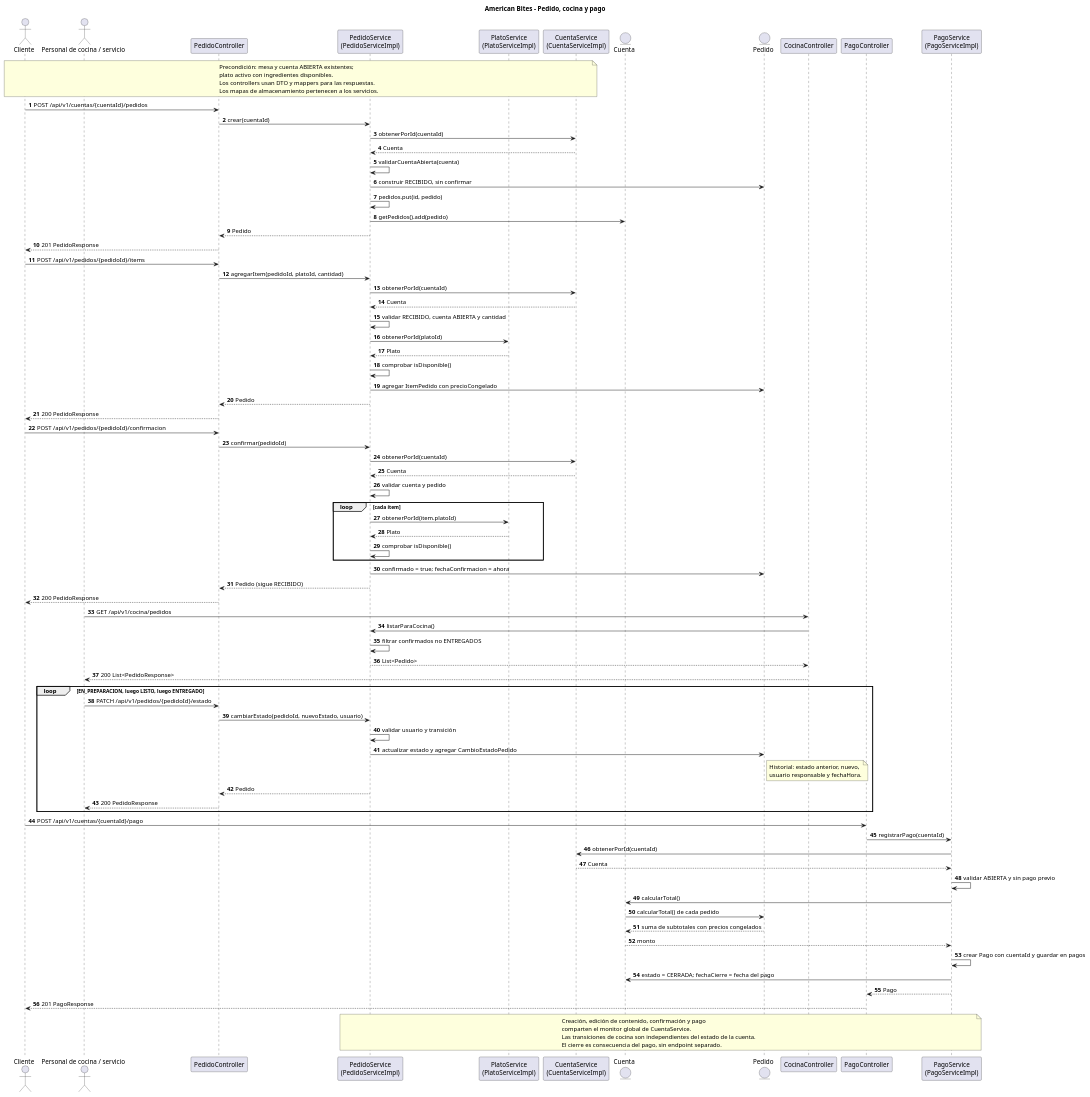
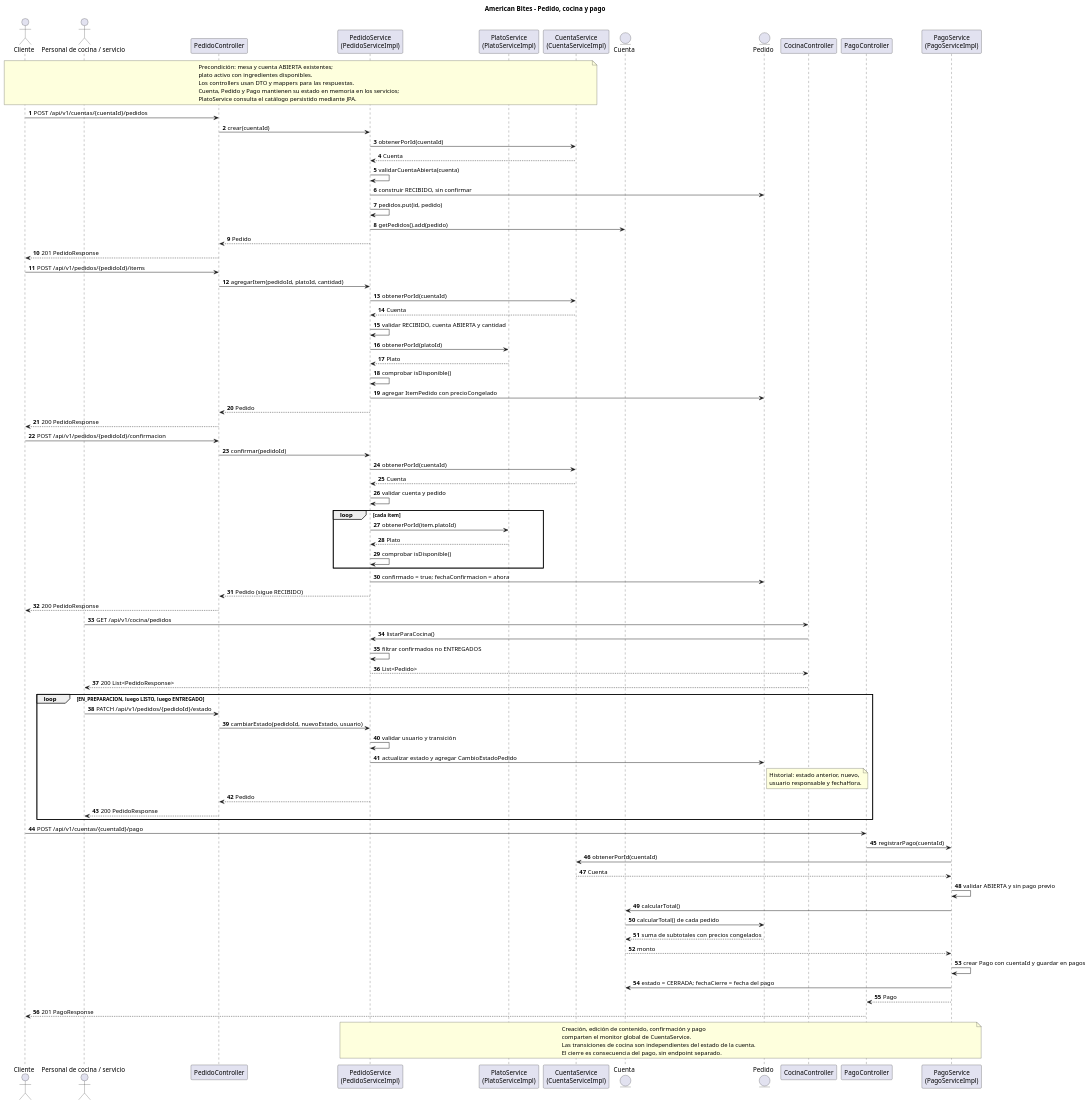
One commit to DanielValero09/Bitacora_Corte2_DanielValero changed the diagram in docs/diagrams/order-flow-sequence.puml. Above: the diagram before and after it, drawn with PlantUML. The commit also changed 27 other files, not shown here.

```diff
--- a/docs/diagrams/order-flow-sequence.puml
+++ b/docs/diagrams/order-flow-sequence.puml
@@ -1,99 +1,100 @@
 @startuml
 title American Bites - Pedido, cocina y pago
 autonumber
 actor Cliente
 actor "Personal de cocina / servicio" as Cocina
 participant PedidoController as PC
 participant "PedidoService\n(PedidoServiceImpl)" as PS
 participant "PlatoService\n(PlatoServiceImpl)" as PL
 participant "CuentaService\n(CuentaServiceImpl)" as CS
 entity Cuenta
 entity Pedido
 participant CocinaController as CC
 participant PagoController as PG
 participant "PagoService\n(PagoServiceImpl)" as PGS
 
 note over Cliente,CS
   Precondición: mesa y cuenta ABIERTA existentes;
   plato activo con ingredientes disponibles.
   Los controllers usan DTO y mappers para las respuestas.
-  Los mapas de almacenamiento pertenecen a los servicios.
+  Cuenta, Pedido y Pago mantienen su estado en memoria en los servicios;
+  PlatoService consulta el catálogo persistido mediante JPA.
 end note
 
 Cliente -> PC : POST /api/v1/cuentas/{cuentaId}/pedidos
 PC -> PS : crear(cuentaId)
 PS -> CS : obtenerPorId(cuentaId)
 CS --> PS : Cuenta
 PS -> PS : validarCuentaAbierta(cuenta)
 PS -> Pedido : construir RECIBIDO, sin confirmar
 PS -> PS : pedidos.put(id, pedido)
 PS -> Cuenta : getPedidos().add(pedido)
 PS --> PC : Pedido
 PC --> Cliente : 201 PedidoResponse
 
 Cliente -> PC : POST /api/v1/pedidos/{pedidoId}/items
 PC -> PS : agregarItem(pedidoId, platoId, cantidad)
 PS -> CS : obtenerPorId(cuentaId)
 CS --> PS : Cuenta
 PS -> PS : validar RECIBIDO, cuenta ABIERTA y cantidad
 PS -> PL : obtenerPorId(platoId)
 PL --> PS : Plato
 PS -> PS : comprobar isDisponible()
 PS -> Pedido : agregar ItemPedido con precioCongelado
 PS --> PC : Pedido
 PC --> Cliente : 200 PedidoResponse
 
 Cliente -> PC : POST /api/v1/pedidos/{pedidoId}/confirmacion
 PC -> PS : confirmar(pedidoId)
 PS -> CS : obtenerPorId(cuentaId)
 CS --> PS : Cuenta
 PS -> PS : validar cuenta y pedido
 loop cada ítem
   PS -> PL : obtenerPorId(item.platoId)
   PL --> PS : Plato
   PS -> PS : comprobar isDisponible()
 end
 PS -> Pedido : confirmado = true; fechaConfirmacion = ahora
 PS --> PC : Pedido (sigue RECIBIDO)
 PC --> Cliente : 200 PedidoResponse
 
 Cocina -> CC : GET /api/v1/cocina/pedidos
 CC -> PS : listarParaCocina()
 PS -> PS : filtrar confirmados no ENTREGADOS
 PS --> CC : List<Pedido>
 CC --> Cocina : 200 List<PedidoResponse>
 
 loop EN_PREPARACION, luego LISTO, luego ENTREGADO
   Cocina -> PC : PATCH /api/v1/pedidos/{pedidoId}/estado
   PC -> PS : cambiarEstado(pedidoId, nuevoEstado, usuario)
   PS -> PS : validar usuario y transición
   PS -> Pedido : actualizar estado y agregar CambioEstadoPedido
   note right of Pedido
     Historial: estado anterior, nuevo,
     usuario responsable y fechaHora.
   end note
   PS --> PC : Pedido
   PC --> Cocina : 200 PedidoResponse
 end
 
 Cliente -> PG : POST /api/v1/cuentas/{cuentaId}/pago
 PG -> PGS : registrarPago(cuentaId)
 PGS -> CS : obtenerPorId(cuentaId)
 CS --> PGS : Cuenta
 PGS -> PGS : validar ABIERTA y sin pago previo
 PGS -> Cuenta : calcularTotal()
 Cuenta -> Pedido : calcularTotal() de cada pedido
 Pedido --> Cuenta : suma de subtotales con precios congelados
 Cuenta --> PGS : monto
 PGS -> PGS : crear Pago con cuentaId y guardar en pagos
 PGS -> Cuenta : estado = CERRADA; fechaCierre = fecha del pago
 PGS --> PG : Pago
 PG --> Cliente : 201 PagoResponse
 
 note over PS,PGS
   Creación, edición de contenido, confirmación y pago
   comparten el monitor global de CuentaService.
   Las transiciones de cocina son independientes del estado de la cuenta.
   El cierre es consecuencia del pago, sin endpoint separado.
 end note
 @enduml
```
